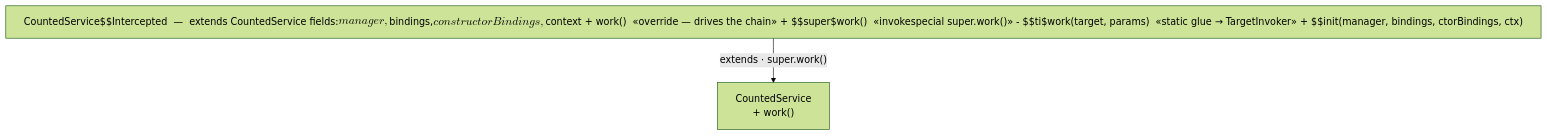
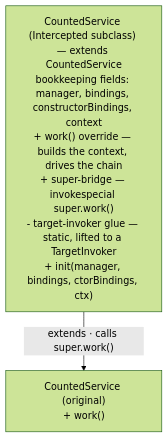
The first of 4 diagrams in INTERCEPTORS.md (vidocq-stack/vauban), drawn with Mermaid (forest theme) before and after one commit. The commit also changed other lines of this file, not shown here.

First line of the commit message:
INTERCEPTORS.md: remove $ from all mermaid labels (KaTeX parses $$ as math)

````diff
--- a/INTERCEPTORS.md
+++ b/INTERCEPTORS.md
@@ -73,6 +77,6 @@
 ```mermaid
 flowchart TB
-    Sub["CountedService$$Intercepted &nbsp;—&nbsp; extends CountedService<br/>fields: $$manager, $$bindings, $$constructorBindings, $$context<br/>+ work() &nbsp;«override — drives the chain»<br/>+ $$super$work() &nbsp;«invokespecial super.work()»<br/>- $$ti$work(target, params) &nbsp;«static glue → TargetInvoker»<br/>+ $$init(manager, bindings, ctorBindings, ctx)"]
-    Bean["CountedService<br/>+ work()"]
-    Sub -->|"extends · super.work()"| Bean
+    Sub["CountedService (Intercepted subclass) — extends CountedService<br/>bookkeeping fields: manager, bindings, constructorBindings, context<br/>+ work() override — builds the context, drives the chain<br/>+ super-bridge — invokespecial super.work()<br/>- target-invoker glue — static, lifted to a TargetInvoker<br/>+ init(manager, bindings, ctorBindings, ctx)"]
+    Bean["CountedService (original)<br/>+ work()"]
+    Sub -->|"extends · calls super.work()"| Bean
 ```
````
